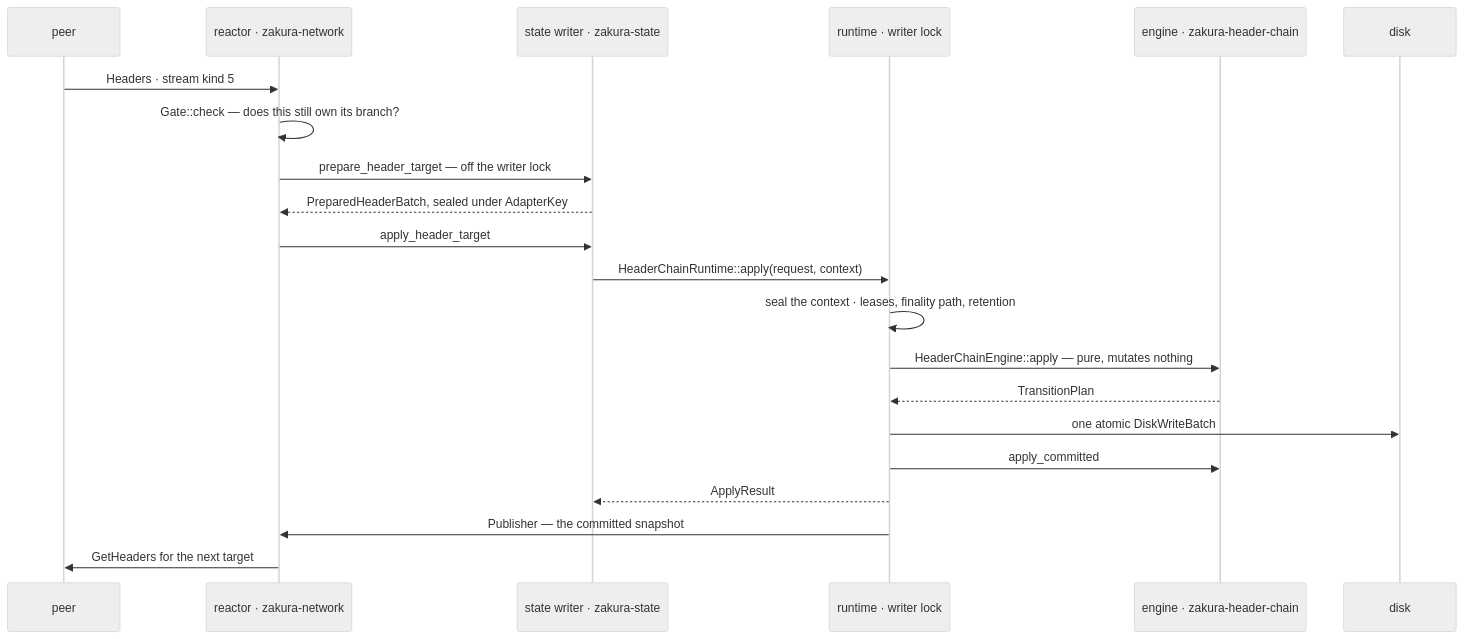
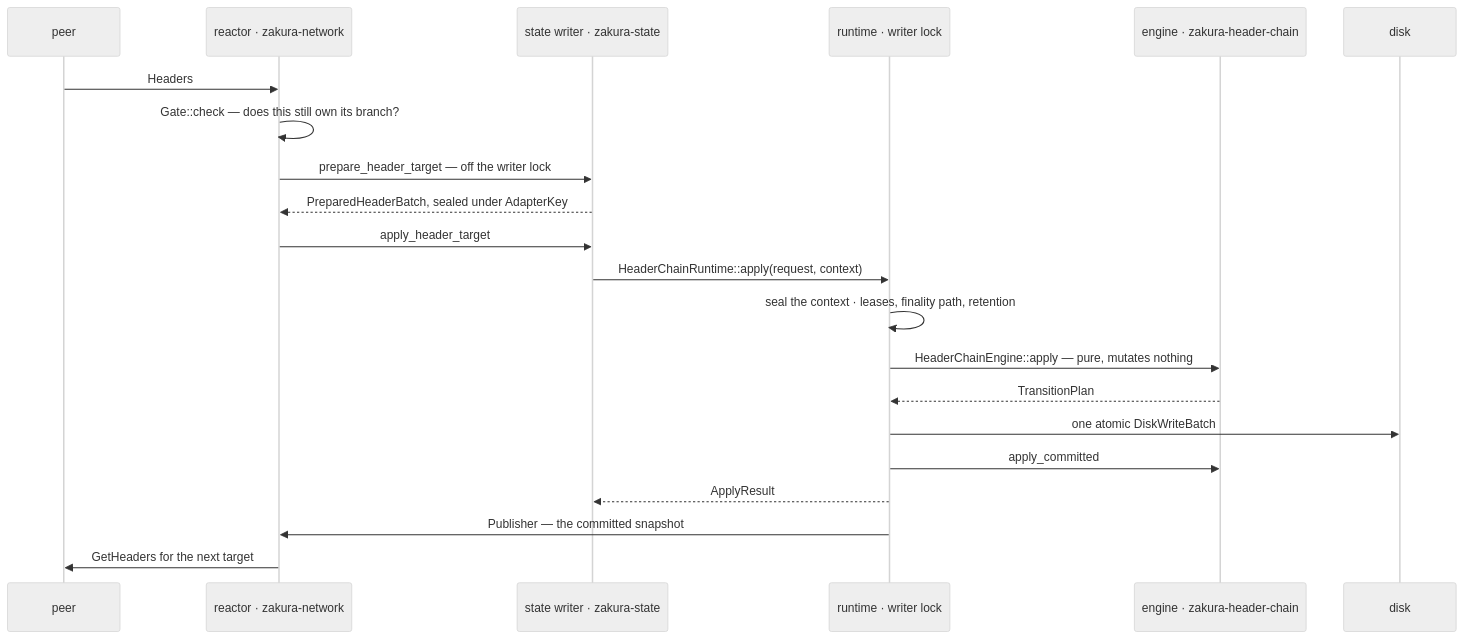
Before and after one commit to jonwalch/zakura: the diagram in docs/design/headerchain/request_lifecycle.md, drawn with Mermaid (neutral theme). The commit also changed other lines of this file, not shown here.

````diff
--- a/docs/design/headerchain/request_lifecycle.md
+++ b/docs/design/headerchain/request_lifecycle.md
@@ -29,23 +34,23 @@
 ```mermaid
 sequenceDiagram
   participant N as peer
   participant P as reactor · zakura-network
   participant W as state writer · zakura-state
   participant R as runtime · writer lock
   participant E as engine · zakura-header-chain
   participant D as disk
-  N->>P: Headers · stream kind 5
+  N->>P: Headers
   P->>P: Gate::check — does this still own its branch?
   P->>W: prepare_header_target — off the writer lock
   W-->>P: PreparedHeaderBatch, sealed under AdapterKey
   P->>W: apply_header_target
   W->>R: HeaderChainRuntime::apply(request, context)
   R->>R: seal the context · leases, finality path, retention
   R->>E: HeaderChainEngine::apply — pure, mutates nothing
   E-->>R: TransitionPlan
   R->>D: one atomic DiskWriteBatch
   R->>E: apply_committed
   R-->>W: ApplyResult
   R->>P: Publisher — the committed snapshot
   P->>N: GetHeaders for the next target
 ```
````
